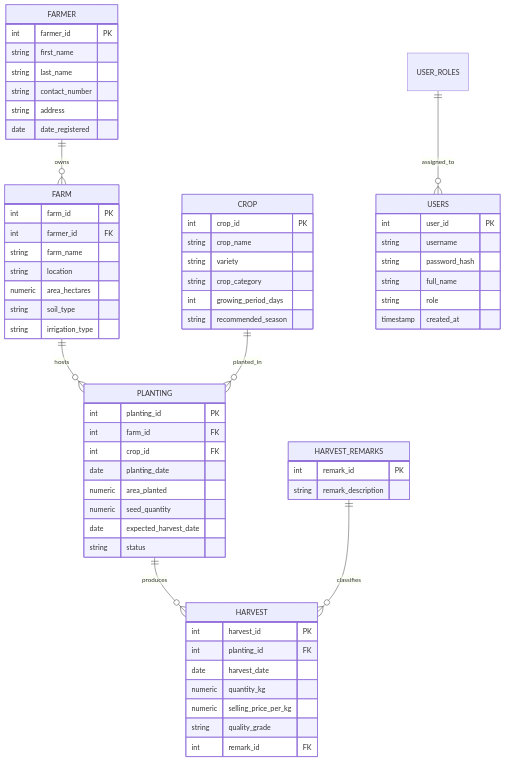
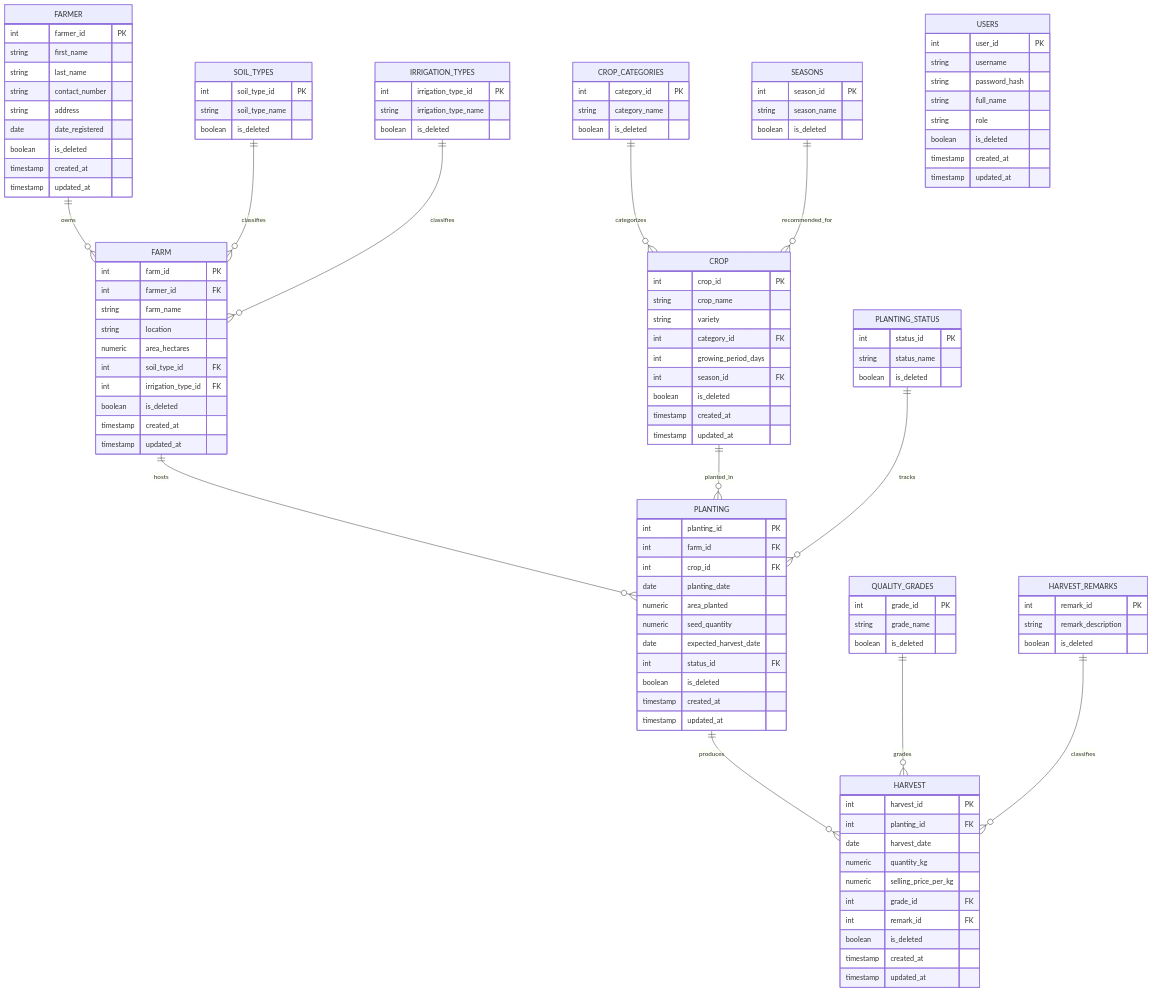
Before and after one commit to villariasa/php-project-agriculture: the diagram in README.md, drawn with Mermaid. The commit also changed other lines of this file and 34 other files, not shown here.

````diff
--- a/README.md
+++ b/README.md
@@ -118,8 +133,13 @@
     FARM ||--o{ PLANTING : hosts
     CROP ||--o{ PLANTING : planted_in
     PLANTING ||--o{ HARVEST : produces
+    SOIL_TYPES ||--o{ FARM : classifies
+    IRRIGATION_TYPES ||--o{ FARM : classifies
+    CROP_CATEGORIES ||--o{ CROP : categorizes
+    SEASONS ||--o{ CROP : recommended_for
+    PLANTING_STATUS ||--o{ PLANTING : tracks
+    QUALITY_GRADES ||--o{ HARVEST : grades
     HARVEST_REMARKS ||--o{ HARVEST : classifies
-    USER_ROLES ||--o{ USERS : assigned_to
 
     FARMER {
         int farmer_id PK
@@ -128,6 +148,9 @@
         string contact_number
         string address
         date date_registered
+        boolean is_deleted
+        timestamp created_at
+        timestamp updated_at
     }
 
     FARM {
@@ -136,17 +159,23 @@
         string farm_name
         string location
         numeric area_hectares
-        string soil_type
-        string irrigation_type
+        int soil_type_id FK
+        int irrigation_type_id FK
+        boolean is_deleted
+        timestamp created_at
+        timestamp updated_at
     }
 
     CROP {
         int crop_id PK
         string crop_name
         string variety
-        string crop_category
+        int category_id FK
         int growing_period_days
-        string recommended_season
+        int season_id FK
+        boolean is_deleted
+        timestamp created_at
+        timestamp updated_at
     }
 
     PLANTING {
@@ -157,12 +186,10 @@
         numeric area_planted
         numeric seed_quantity
         date expected_harvest_date
-        string status
-    }
-
-    HARVEST_REMARKS {
-        int remark_id PK
-        string remark_description
+        int status_id FK
+        boolean is_deleted
+        timestamp created_at
+        timestamp updated_at
     }
 
     HARVEST {
@@ -171,8 +198,11 @@
         date harvest_date
         numeric quantity_kg
         numeric selling_price_per_kg
-        string quality_grade
+        int grade_id FK
         int remark_id FK
+        boolean is_deleted
+        timestamp created_at
+        timestamp updated_at
     }
 
     USERS {
@@ -181,6 +211,50 @@
         string password_hash
         string full_name
         string role
+        boolean is_deleted
         timestamp created_at
+        timestamp updated_at
+    }
+
+    SOIL_TYPES {
+        int soil_type_id PK
+        string soil_type_name
+        boolean is_deleted
+    }
+
+    IRRIGATION_TYPES {
+        int irrigation_type_id PK
+        string irrigation_type_name
+        boolean is_deleted
+    }
+
+    CROP_CATEGORIES {
+        int category_id PK
+        string category_name
+        boolean is_deleted
+    }
+
+    SEASONS {
+        int season_id PK
+        string season_name
+        boolean is_deleted
+    }
+
+    PLANTING_STATUS {
+        int status_id PK
+        string status_name
+        boolean is_deleted
+    }
+
+    QUALITY_GRADES {
+        int grade_id PK
+        string grade_name
+        boolean is_deleted
+    }
+
+    HARVEST_REMARKS {
+        int remark_id PK
+        string remark_description
+        boolean is_deleted
     }
 ```
````
